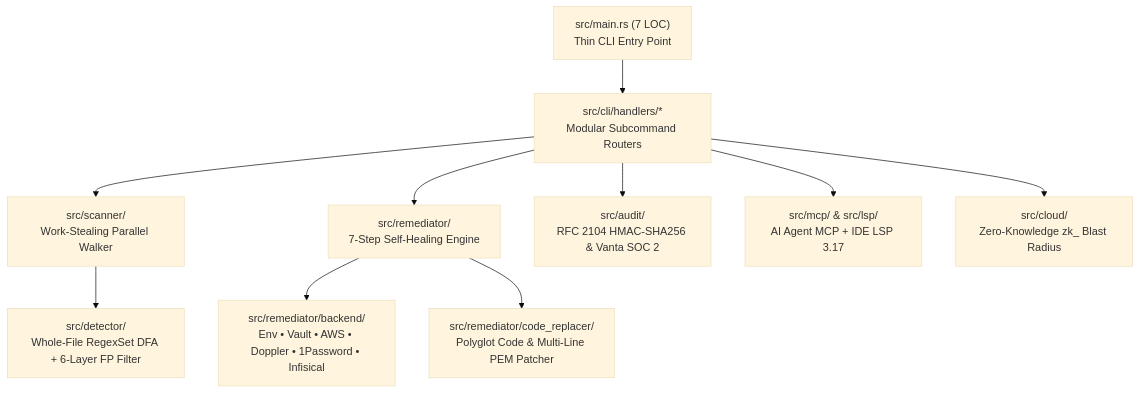
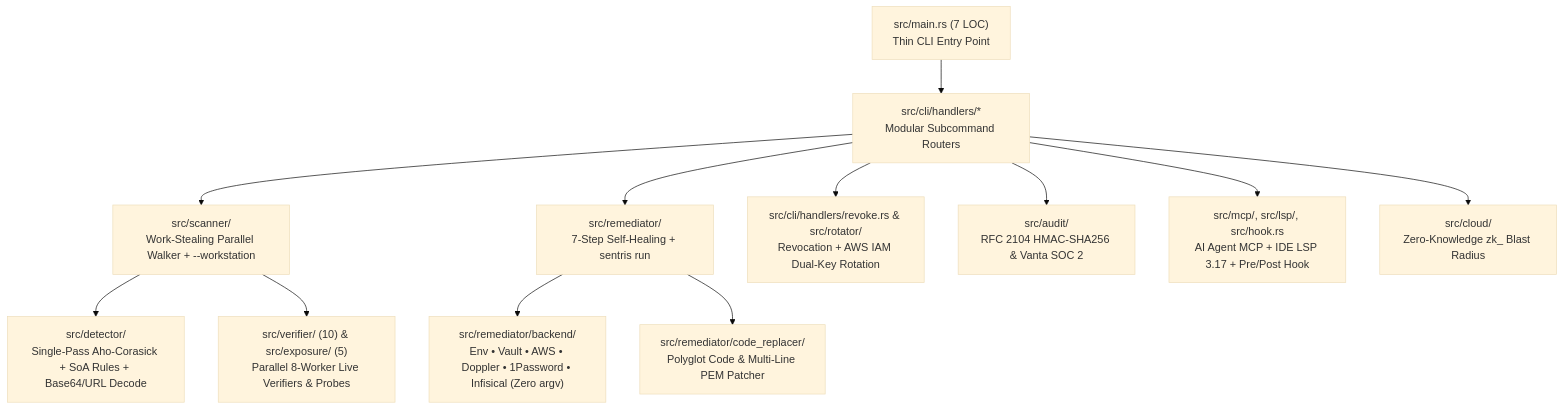
The diagram in docs/BENCHMARKS-AND-ARCHITECTURE.md (Bharath-code/sentris), drawn with Mermaid (base theme) before and after one commit. The commit also changed other lines of this file and 7 other files, not shown here.

````diff
--- a/docs/BENCHMARKS-AND-ARCHITECTURE.md
+++ b/docs/BENCHMARKS-AND-ARCHITECTURE.md
@@ -85,12 +85,14 @@
 ```mermaid
 flowchart TD
     Main["src/main.rs (7 LOC)\nThin CLI Entry Point"] --> Handlers["src/cli/handlers/*\nModular Subcommand Routers"]
-    Handlers --> Scanner["src/scanner/\nWork-Stealing Parallel Walker"]
-    Handlers --> Remediator["src/remediator/\n7-Step Self-Healing Engine"]
+    Handlers --> Scanner["src/scanner/\nWork-Stealing Parallel Walker + --workstation"]
+    Handlers --> Remediator["src/remediator/\n7-Step Self-Healing + sentris run"]
+    Handlers --> Revoke["src/cli/handlers/revoke.rs & src/rotator/\nRevocation + AWS IAM Dual-Key Rotation"]
     Handlers --> Audit["src/audit/\nRFC 2104 HMAC-SHA256 & Vanta SOC 2"]
-    Handlers --> Protocols["src/mcp/ & src/lsp/\nAI Agent MCP + IDE LSP 3.17"]
+    Handlers --> Protocols["src/mcp/, src/lsp/, src/hook.rs\nAI Agent MCP + IDE LSP 3.17 + Pre/Post Hook"]
     Handlers --> Cloud["src/cloud/\nZero-Knowledge zk_<sha256> Blast Radius"]
-    Scanner --> Detector["src/detector/\nWhole-File RegexSet DFA + 6-Layer FP Filter"]
-    Remediator --> Backends["src/remediator/backend/\nEnv • Vault • AWS • Doppler • 1Password • Infisical"]
+    Scanner --> Detector["src/detector/\nSingle-Pass Aho-Corasick + SoA Rules + Base64/URL Decode"]
+    Scanner --> Exposure["src/verifier/ (10) & src/exposure/ (5)\nParallel 8-Worker Live Verifiers & Probes"]
+    Remediator --> Backends["src/remediator/backend/\nEnv • Vault • AWS • Doppler • 1Password • Infisical (Zero argv)"]
     Remediator --> Replacer["src/remediator/code_replacer/\nPolyglot Code & Multi-Line PEM Patcher"]
 ```
````
